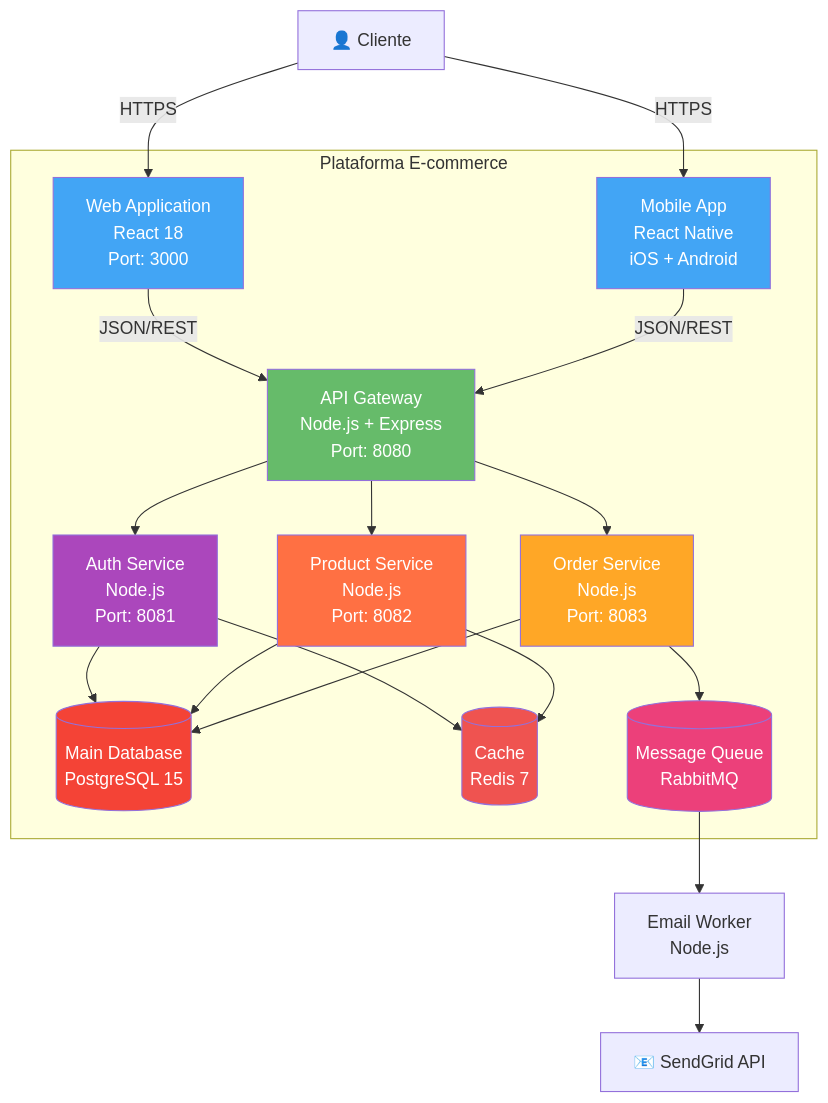
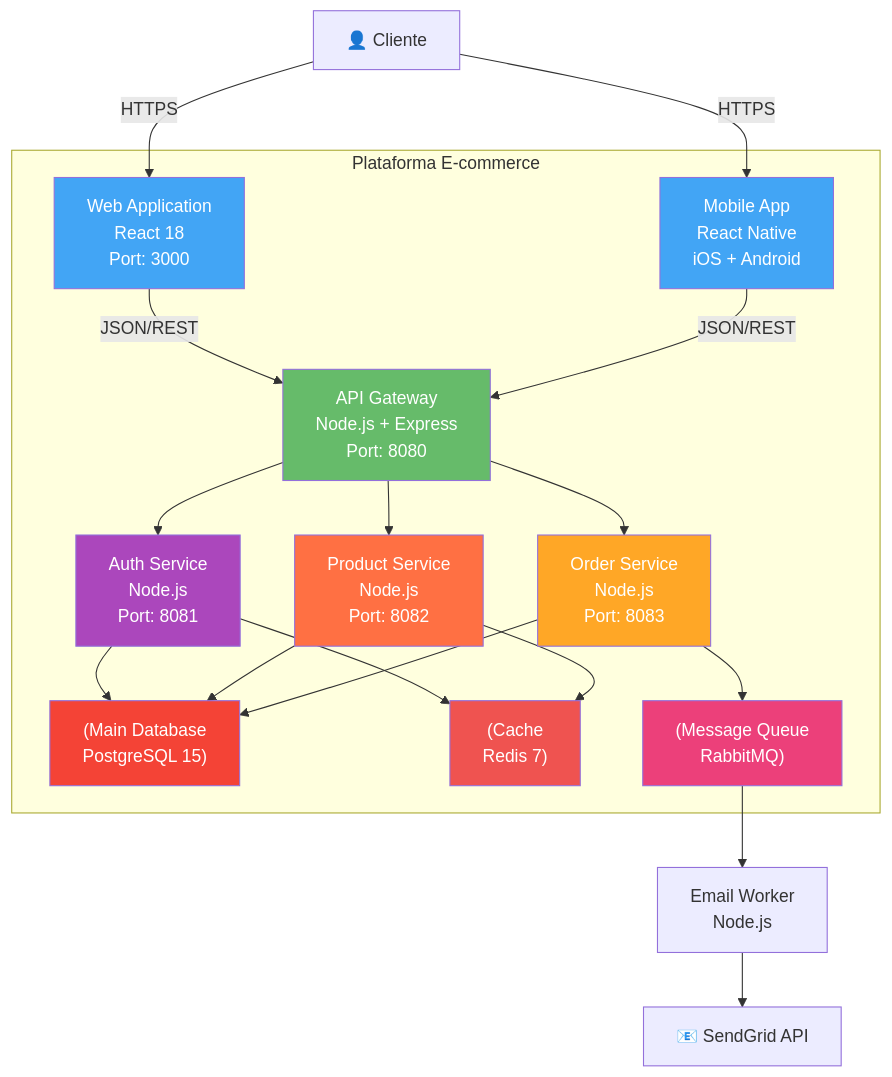
The third of 11 diagrams in docs/guia-documentacion/03-diagramas.md (santosdevco/all_as_code), drawn with Mermaid before and after one commit. The commit also changed other lines of this file and 11 other files, not shown here.

````diff
--- a/docs/guia-documentacion/03-diagramas.md
+++ b/docs/guia-documentacion/03-diagramas.md
@@ -98,47 +110,47 @@
 ```mermaid
 graph TB
     subgraph "Plataforma E-commerce"
-        WebApp[Web Application<br/>React 18<br/>Port: 3000]
-        MobileApp[Mobile App<br/>React Native<br/>iOS + Android]
-        APIGateway[API Gateway<br/>Node.js + Express<br/>Port: 8080]
-        AuthService[Auth Service<br/>Node.js<br/>Port: 8081]
-        ProductService[Product Service<br/>Node.js<br/>Port: 8082]
-        OrderService[Order Service<br/>Node.js<br/>Port: 8083]
+        WebApp["Web Application<br/>React 18<br/>Port: 3000"]
+        MobileApp["Mobile App<br/>React Native<br/>iOS + Android"]
+        APIGateway["API Gateway<br/>Node.js + Express<br/>Port: 8080"]
+        AuthService["Auth Service<br/>Node.js<br/>Port: 8081"]
+        ProductService["Product Service<br/>Node.js<br/>Port: 8082"]
+        OrderService["Order Service<br/>Node.js<br/>Port: 8083"]
         
-        MainDB[(Main Database<br/>PostgreSQL 15)]
-        Cache[(Cache<br/>Redis 7)]
-        Queue[(Message Queue<br/>RabbitMQ)]
+        MainDB["(Main Database<br/>PostgreSQL 15)"]
+        Cache["(Cache<br/>Redis 7)"]
+        Queue["(Message Queue<br/>RabbitMQ)"]
     end
     
-    Cliente[👤 Cliente] -->|HTTPS| WebApp
+    Cliente["👤 Cliente"] -->|HTTPS| WebApp
     Cliente -->|HTTPS| MobileApp
     
     WebApp -->|JSON/REST| APIGateway
     MobileApp -->|JSON/REST| APIGateway
     
     APIGateway --> AuthService
     APIGateway --> ProductService
     APIGateway --> OrderService
     
     AuthService --> MainDB
     AuthService --> Cache
     
     ProductService --> MainDB
     ProductService --> Cache
     
     OrderService --> MainDB
     OrderService --> Queue
     
-    Queue --> EmailWorker[Email Worker<br/>Node.js]
-    EmailWorker --> SendGrid[📧 SendGrid API]
+    Queue --> EmailWorker["Email Worker<br/>Node.js"]
+    EmailWorker --> SendGrid["📧 SendGrid API"]
     
     style WebApp fill:#42a5f5,color:#fff
     style MobileApp fill:#42a5f5,color:#fff
     style APIGateway fill:#66bb6a,color:#fff
     style AuthService fill:#ab47bc,color:#fff
     style ProductService fill:#ff7043,color:#fff
     style OrderService fill:#ffa726,color:#fff
     style MainDB fill:#f44336,color:#fff
     style Cache fill:#ef5350,color:#fff
     style Queue fill:#ec407a,color:#fff
 ```
````
